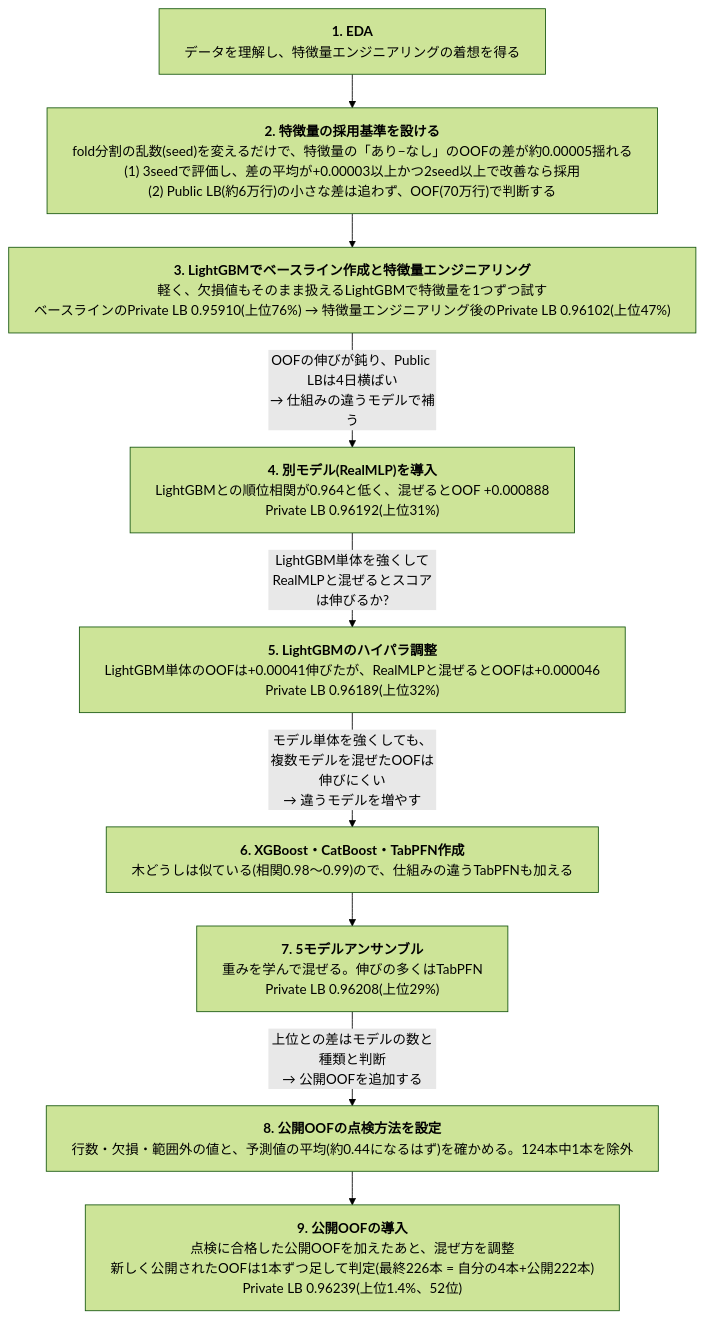
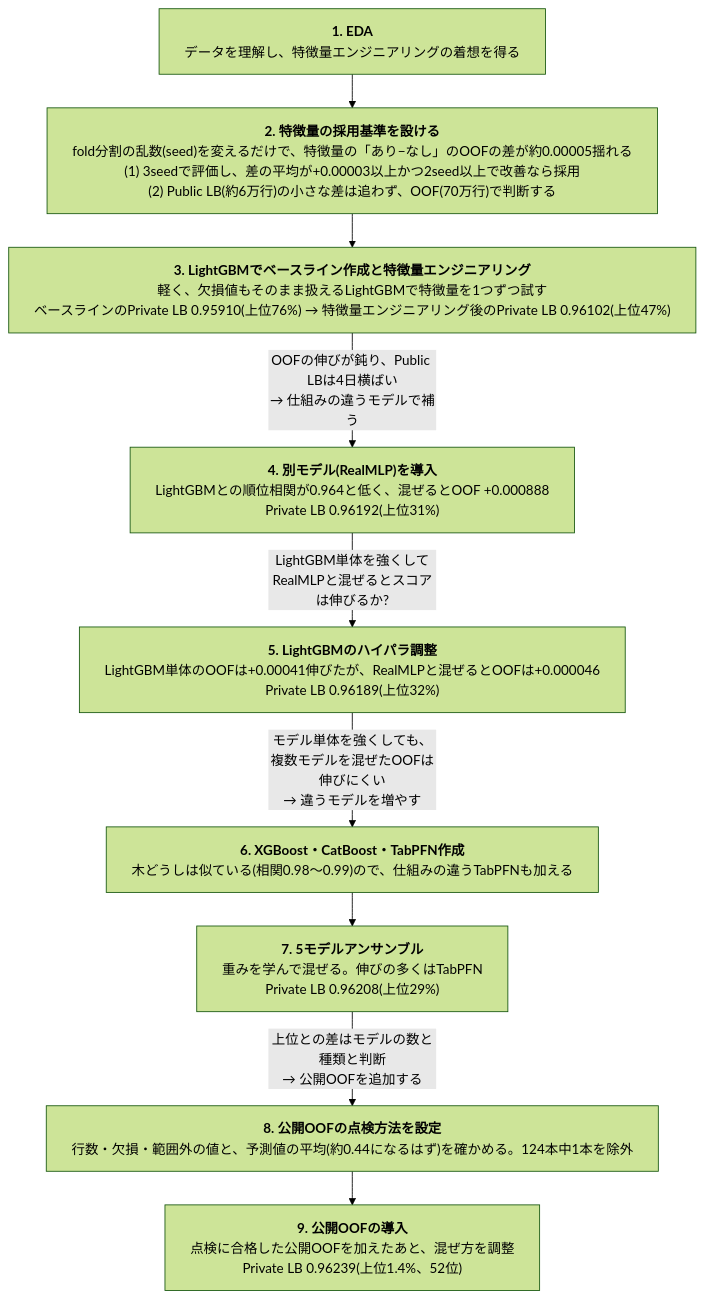
One commit to aramaki5443-art/kaggle-s6e10-airline-satisfaction changed the first of 3 diagrams in README.md. Above: the diagram before and after it, drawn with Mermaid (forest theme).

Commit message:
README: フロー図9の箱から新しい公開OOFの行を削除
Claude-Session: https://claude.ai/code/session_01W4XQw12fApd9PttvvKTwbS

````diff
--- a/README.md
+++ b/README.md
@@ -21,24 +21,24 @@
 ```mermaid
 ---
 config:
   flowchart:
     wrappingWidth: 800
     rankSpacing: 40
 ---
 flowchart TD
   S1["<b>1. EDA</b><br>データを理解し、特徴量エンジニアリングの着想を得る"]
   SC["<b>2. 特徴量の採用基準を設ける</b><br>fold分割の乱数(seed)を変えるだけで、特徴量の「あり−なし」のOOFの差が約0.00005揺れる<br>(1) 3seedで評価し、差の平均が+0.00003以上かつ2seed以上で改善なら採用<br>(2) Public LB(約6万行)の小さな差は追わず、OOF(70万行)で判断する"]
   S2["<b>3. LightGBMでベースライン作成と特徴量エンジニアリング</b><br>軽く、欠損値もそのまま扱えるLightGBMで特徴量を1つずつ試す<br>ベースラインのPrivate LB 0.95910(上位76%) → 特徴量エンジニアリング後のPrivate LB 0.96102(上位47%)"]
   S3["<b>4. 別モデル(RealMLP)を導入</b><br>LightGBMとの順位相関が0.964と低く、混ぜるとOOF +0.000888<br>Private LB 0.96192(上位31%)"]
   S4["<b>5. LightGBMのハイパラ調整</b><br>LightGBM単体のOOFは+0.00041伸びたが、RealMLPと混ぜるとOOFは+0.000046<br>Private LB 0.96189(上位32%)"]
   S5["<b>6. XGBoost・CatBoost・TabPFN作成</b><br>木どうしは似ている(相関0.98〜0.99)ので、仕組みの違うTabPFNも加える"]
   S6["<b>7. 5モデルアンサンブル</b><br>重みを学んで混ぜる。伸びの多くはTabPFN<br>Private LB 0.96208(上位29%)"]
   SK["<b>8. 公開OOFの点検方法を設定</b><br>行数・欠損・範囲外の値と、予測値の平均(約0.44になるはず)を確かめる。124本中1本を除外"]
-  S7["<b>9. 公開OOFの導入</b><br>点検に合格した公開OOFを加えたあと、混ぜ方を調整<br>新しく公開されたOOFは1本ずつ足して判定(最終226本 = 自分の4本+公開222本)<br>Private LB 0.96239(上位1.4%、52位)"]
+  S7["<b>9. 公開OOFの導入</b><br>点検に合格した公開OOFを加えたあと、混ぜ方を調整<br>Private LB 0.96239(上位1.4%、52位)"]
   S1 --> SC --> S2
   S2 -->|"OOFの伸びが鈍り、Public LBは4日横ばい<br>→ 仕組みの違うモデルで補う"| S3
   S3 -->|"LightGBM単体を強くしてRealMLPと混ぜるとスコアは伸びるか?"| S4
   S4 -->|"モデル単体を強くしても、複数モデルを混ぜたOOFは伸びにくい<br>→ 違うモデルを増やす"| S5
   S5 --> S6
   S6 -->|"上位との差はモデルの数と種類と判断<br>→ 公開OOFを追加する"| SK --> S7
 ```
````
